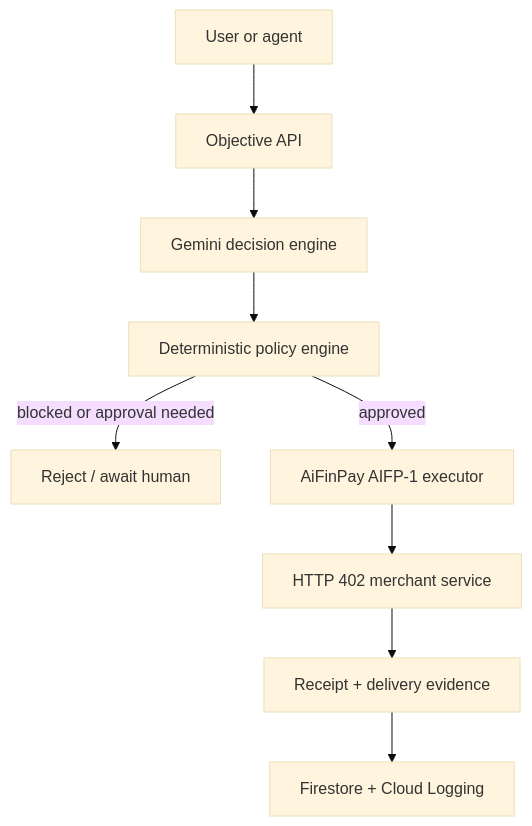
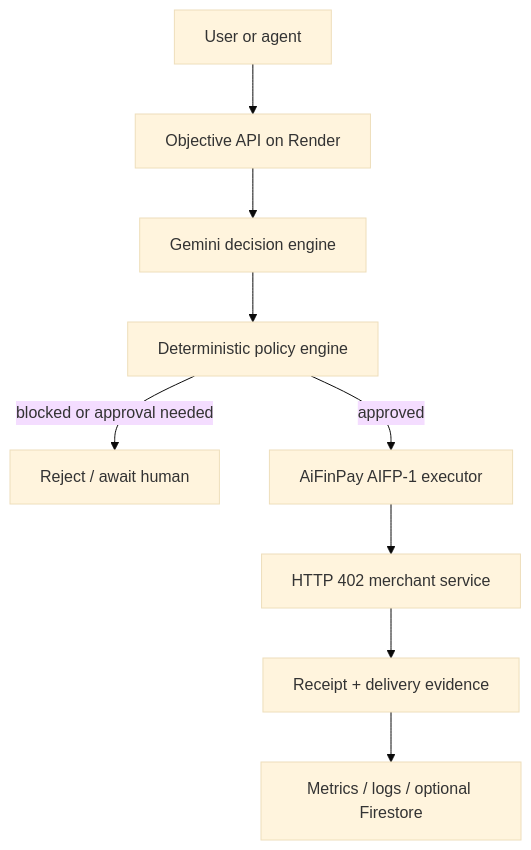
Before and after one commit to coinsecuritiescompany/AiFinPay-Gemini-Commerce-Agent: the first of 2 diagrams in README.md, drawn with Mermaid (base theme). The commit also changed other lines of this file, not shown here.

````diff
--- a/README.md
+++ b/README.md
@@ -42,11 +45,11 @@
 ```mermaid
 flowchart TD
-  Client["User or agent"] --> API["Objective API"]
+  Client["User or agent"] --> API["Objective API on Render"]
   API --> Gemini["Gemini decision engine"]
   Gemini --> Policy["Deterministic policy engine"]
   Policy -->|"blocked or approval needed"| Stop["Reject / await human"]
   Policy -->|"approved"| Pay["AiFinPay AIFP-1 executor"]
   Pay --> Merchant["HTTP 402 merchant service"]
   Merchant --> Evidence["Receipt + delivery evidence"]
-  Evidence --> GCP["Firestore + Cloud Logging"]
+  Evidence --> Store["Metrics / logs / optional Firestore"]
 ```
````
